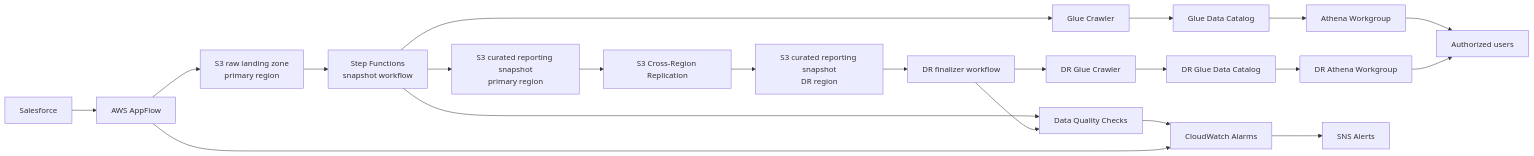
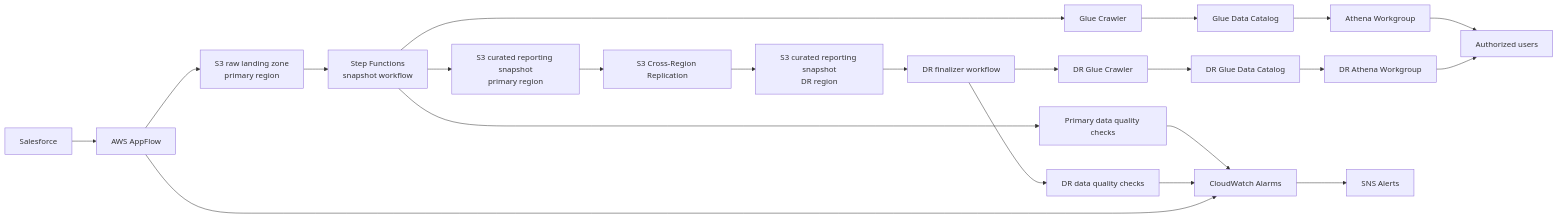
One commit to aemotyka/aemotyka.github.io changed the diagram in docs/case-studies/crm-dr.md. Above: the diagram before and after it, drawn with Mermaid. The commit also changed other lines of this file, not shown here.

````diff
--- a/docs/case-studies/crm-dr.md
+++ b/docs/case-studies/crm-dr.md
@@ -60,29 +76,30 @@
 ```mermaid
 flowchart LR
     SF[Salesforce] --> AF[AWS AppFlow]
 
     AF --> RAW[S3 raw landing zone<br/>primary region]
 
     RAW --> SFN[Step Functions<br/>snapshot workflow]
     SFN --> CURATED[S3 curated reporting snapshot<br/>primary region]
     SFN --> GLUE[Glue Crawler]
     GLUE --> CATALOG[Glue Data Catalog]
     CATALOG --> ATHENA[Athena Workgroup]
 
     CURATED --> REPL[S3 Cross-Region Replication]
     REPL --> DRCURATED[S3 curated reporting snapshot<br/>DR region]
 
     DRCURATED --> DRSFN[DR finalizer workflow]
     DRSFN --> DRGLUE[DR Glue Crawler]
     DRGLUE --> DRCATALOG[DR Glue Data Catalog]
     DRCATALOG --> DRATHENA[DR Athena Workgroup]
 
-    SFN --> DQ[Data Quality Checks]
-    DRSFN --> DQ
-    DQ --> CW[CloudWatch Alarms]
+    SFN --> DQ1[Primary data quality checks]
+    DRSFN --> DQ2[DR data quality checks]
+    DQ1 --> CW[CloudWatch Alarms]
+    DQ2 --> CW
     AF --> CW
     CW --> SNS[SNS Alerts]
 
     ATHENA --> USERS[Authorized users]
     DRATHENA --> USERS
 ```
````
